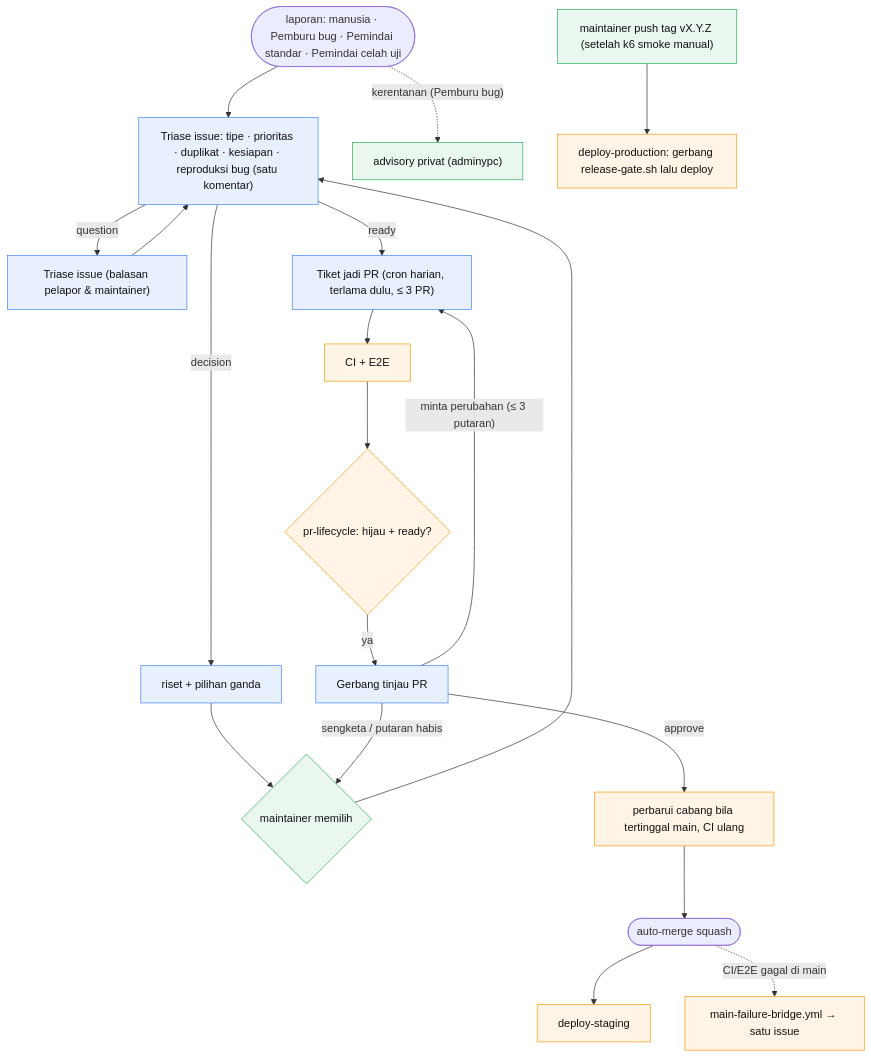
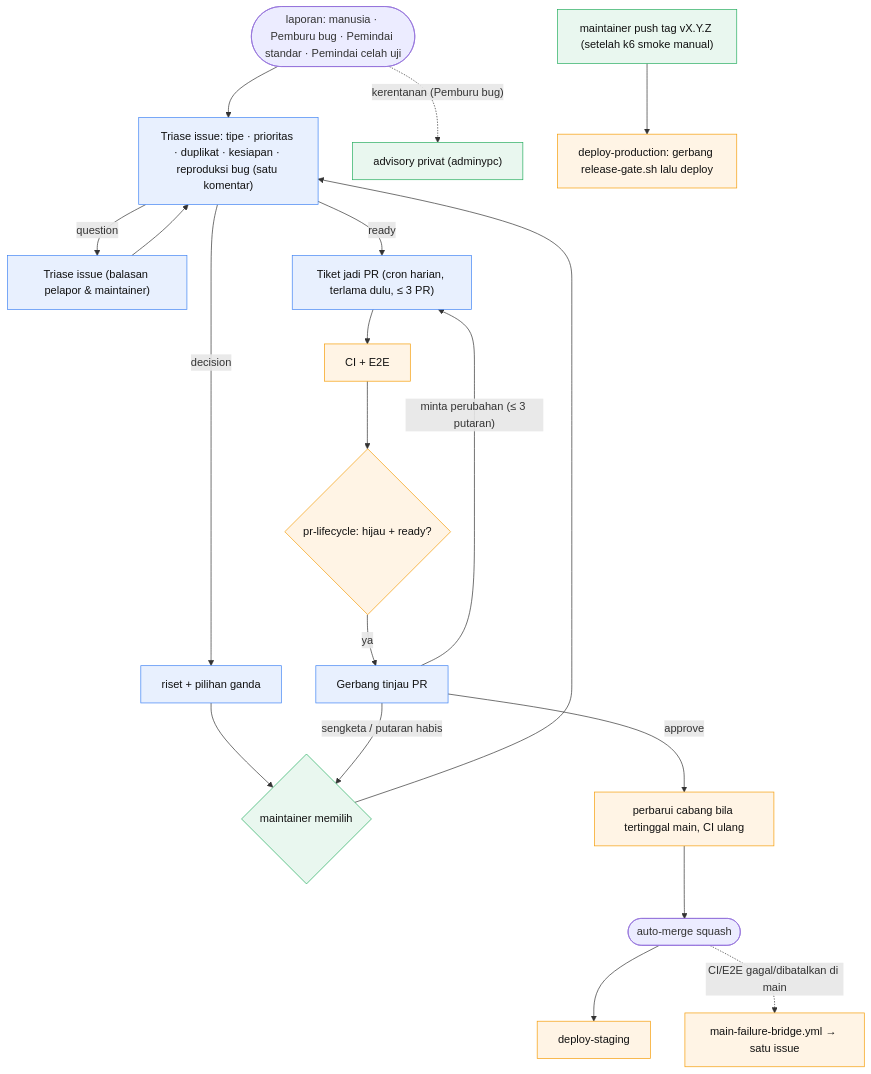
Before and after one commit to cipansor/cipansor: the first of 6 diagrams in docs/SDLC-FLOW.md, drawn with Mermaid. The commit also changed other lines of this file and 4 other files, not shown here.

````diff
--- a/docs/SDLC-FLOW.md
+++ b/docs/SDLC-FLOW.md
@@ -243,20 +243,20 @@
 ```mermaid
 flowchart TD
   classDef cloud fill:#e8f0fe,stroke:#4285f4,color:#111;
   classDef gh fill:#fff4e5,stroke:#f59e0b,color:#111;
   classDef human fill:#e9f7ef,stroke:#27ae60,color:#111;
 
   IN(["laporan: manusia · Pemburu bug · Pemindai standar · Pemindai celah uji"]) --> TR["Triase issue: tipe · prioritas · duplikat · kesiapan · reproduksi bug (satu komentar)"]:::cloud
   IN -. "kerentanan (Pemburu bug)" .-> ADV["advisory privat (adminypc)"]:::human
   TR -- question --> CL["Triase issue (balasan pelapor & maintainer)"]:::cloud --> TR
   TR -- decision --> DEC["riset + pilihan ganda"]:::cloud --> MD{"maintainer memilih"}:::human --> TR
   TR -- ready --> IMP["Tiket jadi PR (cron harian, terlama dulu, ≤ 3 PR)"]:::cloud
   IMP --> CI["CI + E2E"]:::gh --> LC{"pr-lifecycle: hijau + ready?"}:::gh
   LC -- ya --> GT["Gerbang tinjau PR"]:::cloud
   GT -- "minta perubahan (≤ 3 putaran)" --> IMP
   GT -- "sengketa / putaran habis" --> MD
   GT -- approve --> UPD["perbarui cabang bila tertinggal main, CI ulang"]:::gh --> MG(["auto-merge squash"])
   MG --> STG["deploy-staging"]:::gh
-  MG -. "CI/E2E gagal di main" .-> BR["main-failure-bridge.yml → satu issue"]:::gh
+  MG -. "CI/E2E gagal/dibatalkan di main" .-> BR["main-failure-bridge.yml → satu issue"]:::gh
   REL["maintainer push tag vX.Y.Z (setelah k6 smoke manual)"]:::human --> PRD["deploy-production: gerbang release-gate.sh lalu deploy"]:::gh
 ```
````
